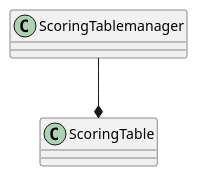
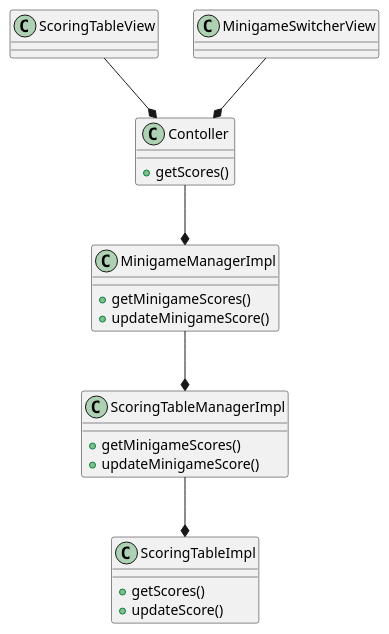
One commit to Lucaaa31/OOP23-gym-life changed the diagram in UML/Minigame/Scoreboard.puml. Above: the diagram before and after it, drawn with PlantUML. The commit also changed 12 other files, not shown here.

Commit message:
Created UML and fixed some classes name

```diff
--- a/UML/Minigame/Scoreboard.puml
+++ b/UML/Minigame/Scoreboard.puml
@@ -1,9 +1,28 @@
 @startuml
 'https://plantuml.com/class-diagram
 
-class ScoringTable
-class ScoringTablemanager
+class MinigameManagerImpl {
+    +getMinigameScores()
+    +updateMinigameScore()
+}
+class ScoringTableImpl{
+    +getScores()
+    +updateScore()
+}
+class ScoringTableManagerImpl{
+    +getMinigameScores()
+    +updateMinigameScore()
+}
+class Contoller{
+    +getScores()
+}
+class ScoringTableView
+class MinigameSwitcherView
 
-ScoringTablemanager --* ScoringTable
+MinigameSwitcherView --* Contoller
+ScoringTableView --* Contoller
+Contoller --* MinigameManagerImpl
+ScoringTableManagerImpl --* ScoringTableImpl
+MinigameManagerImpl --* ScoringTableManagerImpl
 
 @enduml
```
